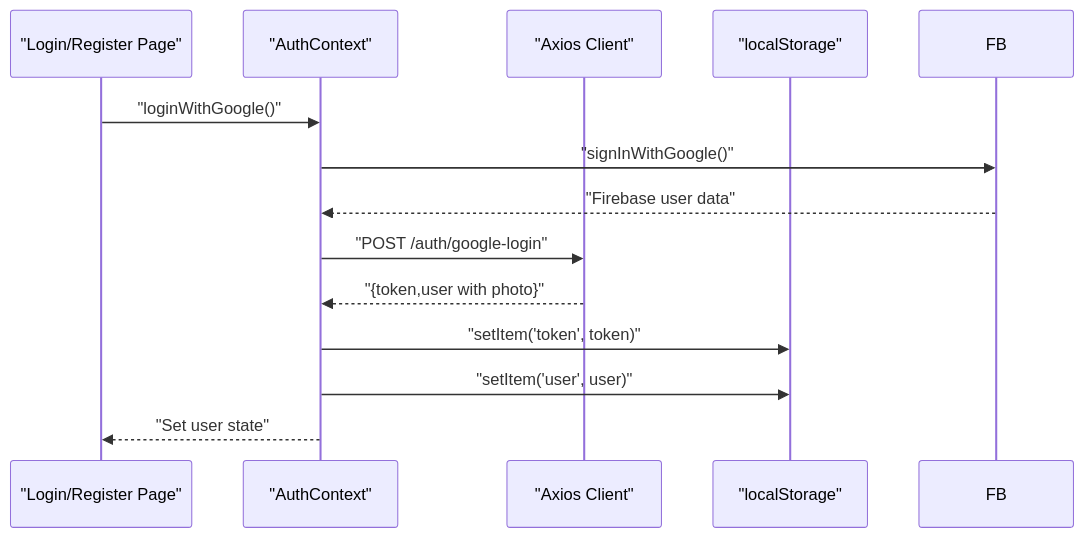
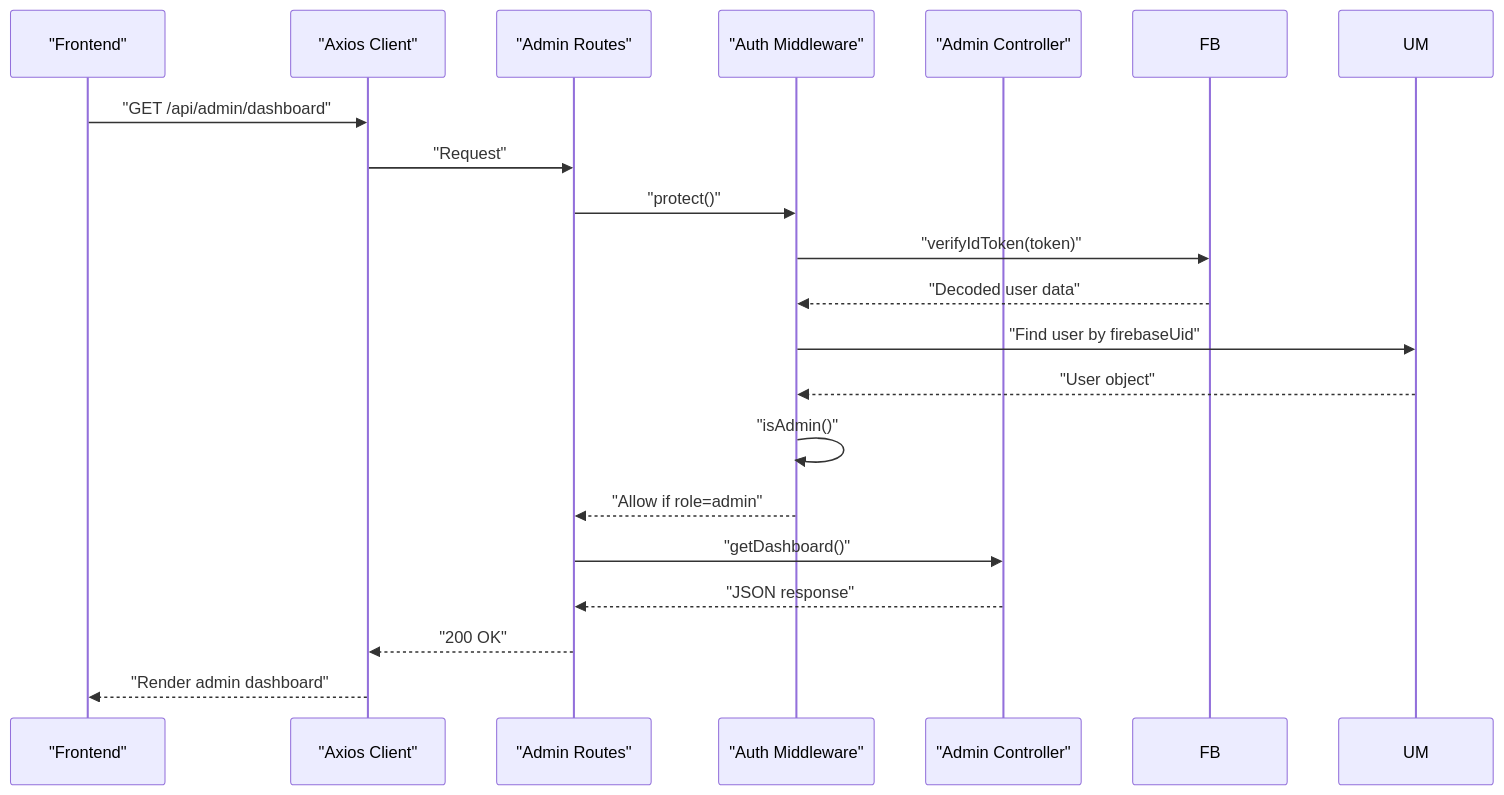
The sixth of 7 diagrams in .qoder/repowiki/en/content/Authentication & Authorization/Authentication & Authorization.md (Pavan-PSPK9032/TrendsandToss), drawn with Mermaid before and after one commit. The commit also changed other lines of this file and 6 other files, not shown here.

Commit message:
Fix Firebase signUpWithEmail: use updateProfile from modular SDK v9+

````diff
--- a/.qoder/repowiki/en/content/Authentication & Authorization/Authentication & Authorization.md
+++ b/.qoder/repowiki/en/content/Authentication & Authorization/Authentication & Authorization.md
@@ -343,15 +301,21 @@
 ```mermaid
 sequenceDiagram
-participant Page as "Login/Register Page"
-participant Ctx as "AuthContext"
+participant FE as "Frontend"
 participant AX as "Axios Client"
-participant LS as "localStorage"
-Page->>Ctx : "loginWithGoogle()"
-Ctx->>FB : "signInWithGoogle()"
-FB-->>Ctx : "Firebase user data"
-Ctx->>AX : "POST /auth/google-login"
-AX-->>Ctx : "{token,user with photo}"
-Ctx->>LS : "setItem('token', token)"
-Ctx->>LS : "setItem('user', user)"
-Ctx-->>Page : "Set user state"
+participant ADMR as "Admin Routes"
+participant AMW as "Auth Middleware"
+participant ADMC as "Admin Controller"
+FE->>AX : "GET /api/admin/dashboard"
+AX->>ADMR : "Request"
+ADMR->>AMW : "protect()"
+AMW->>FB : "verifyIdToken(token)"
+FB-->>AMW : "Decoded user data"
+AMW->>UM : "Find user by firebaseUid"
+UM-->>AMW : "User object"
+AMW->>AMW : "isAdmin()"
+AMW-->>ADMR : "Allow if role=admin"
+ADMR->>ADMC : "getDashboard()"
+ADMC-->>ADMR : "JSON response"
+ADMR-->>AX : "200 OK"
+AX-->>FE : "Render admin dashboard"
 ```
````
